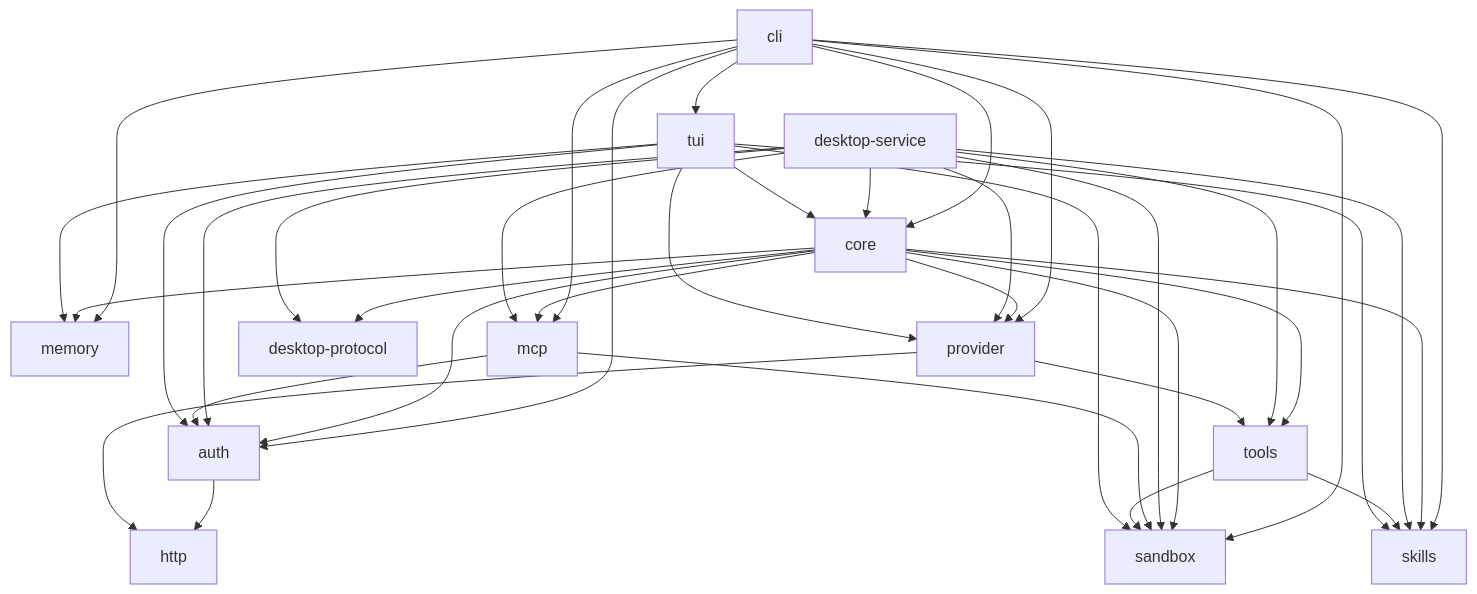
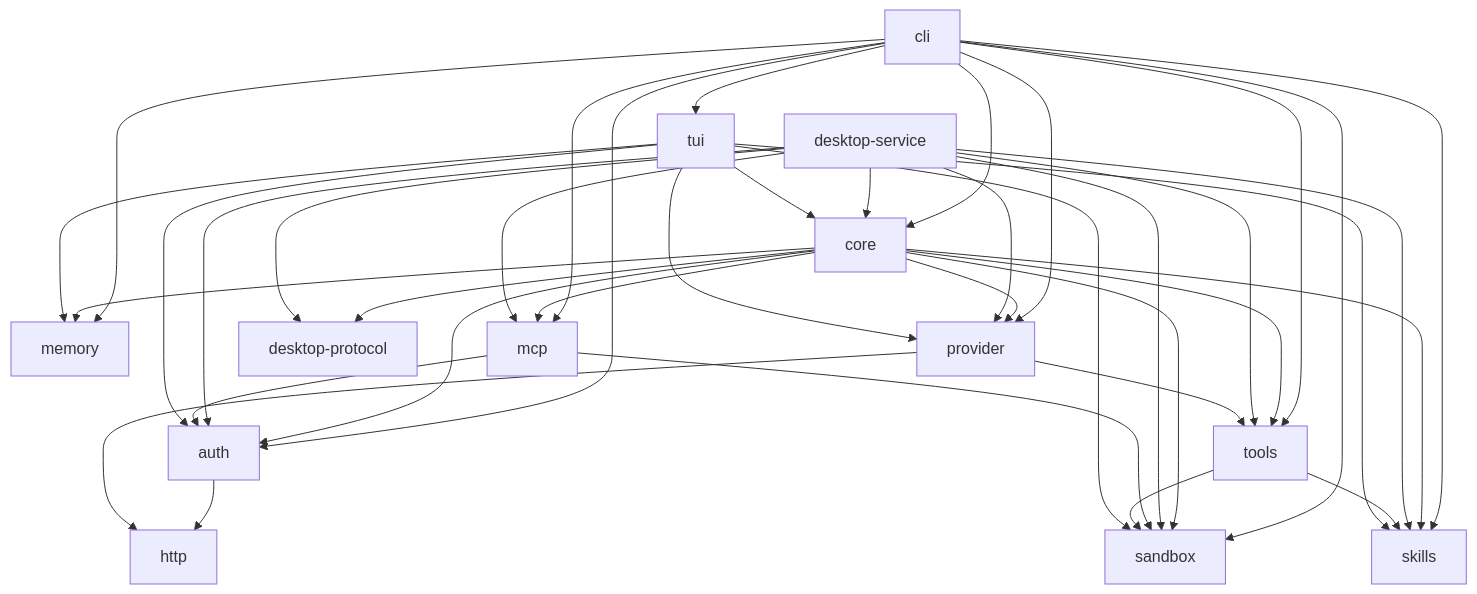
The diagram in docs/architecture.md (4ltena/polaris), drawn with Mermaid before and after one commit. The commit also changed other lines of this file and 1 other file, not shown here.

First line of the commit message:
chore: regenerate the architecture and file maps

````diff
--- a/docs/architecture.md
+++ b/docs/architecture.md
@@ -13,40 +13,41 @@
 ```mermaid
 graph TD
   auth --> http
   cli --> memory
   cli --> auth
   cli --> core
   cli --> mcp
   cli --> provider
   cli --> sandbox
   cli --> skills
+  cli --> tools
   cli --> tui
   core --> auth
   core --> desktop-protocol
   core --> provider
   core --> memory
   core --> mcp
   core --> sandbox
   core --> skills
   core --> tools
   desktop-service --> auth
   desktop-service --> tools
   desktop-service --> sandbox
   desktop-service --> mcp
   desktop-service --> skills
   desktop-service --> core
   desktop-service --> provider
   desktop-service --> desktop-protocol
   mcp --> auth
   mcp --> sandbox
   provider --> tools
   provider --> http
   tools --> sandbox
   tools --> skills
   tui --> memory
   tui --> auth
   tui --> core
   tui --> provider
   tui --> sandbox
   tui --> skills
 ```
````
